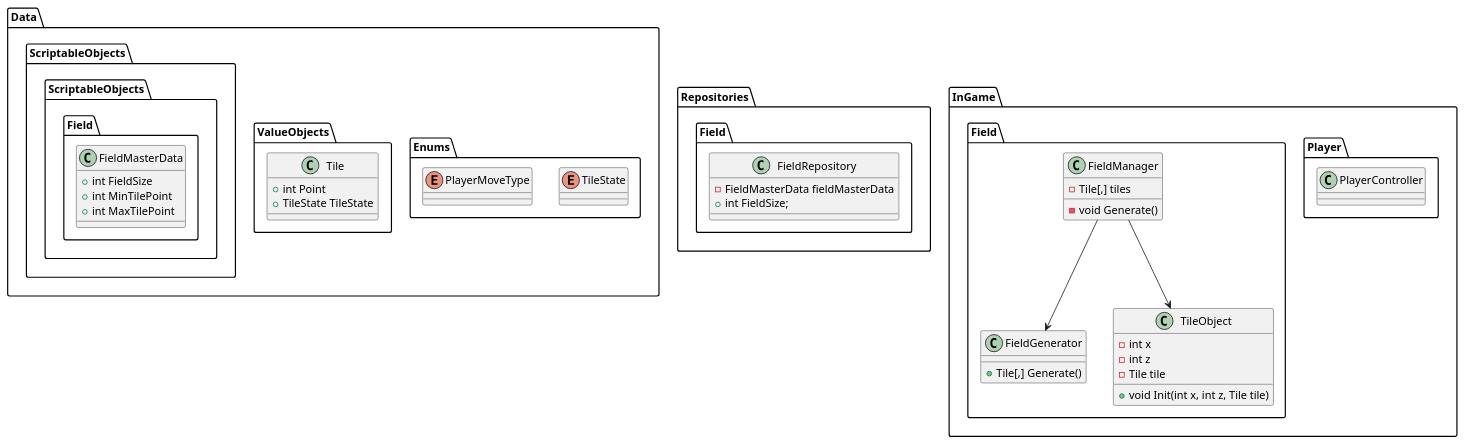
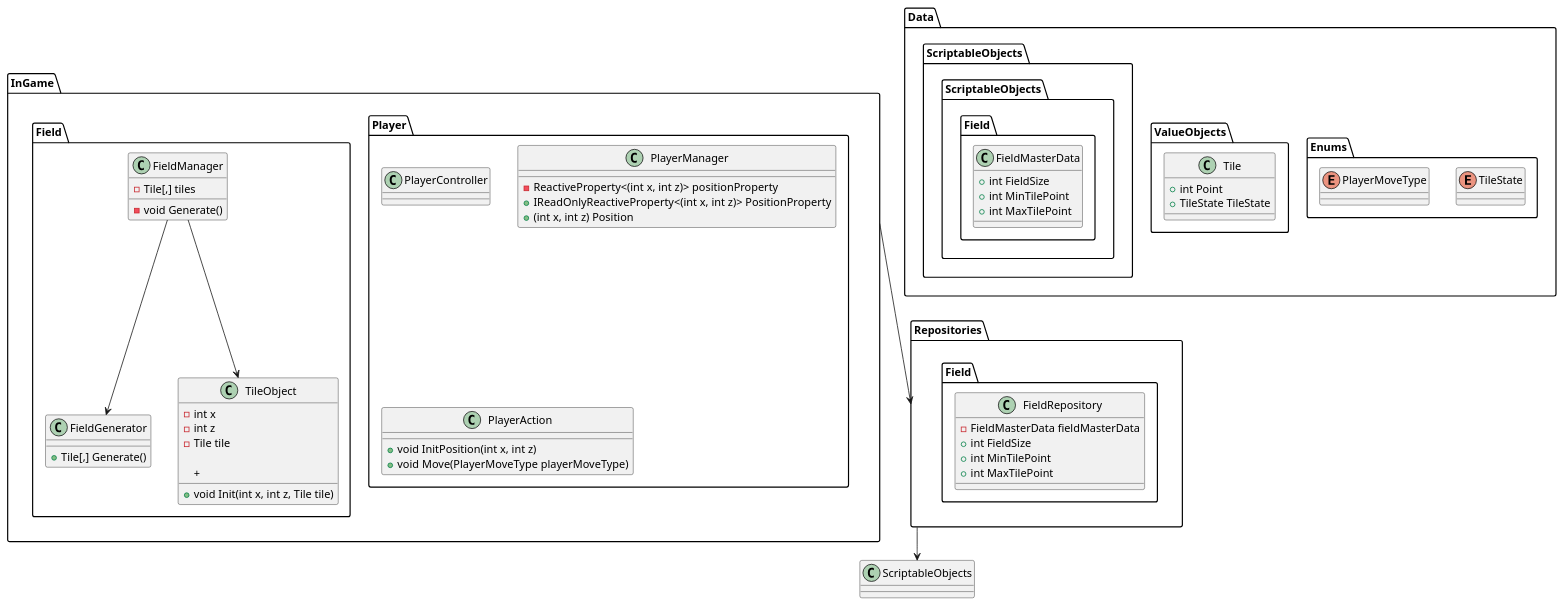
Before and after one commit to mokapants/u1w-20220502: the diagram in PlantUML/Class.pu, drawn with PlantUML.

Commit message:
PlantUML: クラス図更新

```diff
--- a/PlantUML/Class.pu
+++ b/PlantUML/Class.pu
@@ -1,83 +1,103 @@
 @startuml
 package Data
 {
     package Enums
     {
         enum TileState
         enum PlayerMoveType
     }
 
     package ValueObjects
     {
         class Tile
         {
             + int Point
             + TileState TileState
         }
     }
 
     package ScriptableObjects
     {
         package ScriptableObjects.Field
         {
             class FieldMasterData
             {
                 + int FieldSize
                 + int MinTilePoint
                 + int MaxTilePoint
             }
         }
     }
 }
 
 package Repositories
 {
     package Repositories.Field
     {
         class FieldRepository
         {
             - FieldMasterData fieldMasterData
-            + int FieldSize;
+            + int FieldSize
+            + int MinTilePoint
+            + int MaxTilePoint
         }
     }
 }
+
+Repositories --> ScriptableObjects
 
 package InGame
 {
     package Player
     {
         class PlayerController
         {
 
+        }
+
+        class PlayerManager
+        {
+            - ReactiveProperty<(int x, int z)> positionProperty
+            + IReadOnlyReactiveProperty<(int x, int z)> PositionProperty
+            + (int x, int z) Position
+        }
+
+        class PlayerAction
+        {
+            + void InitPosition(int x, int z)
+            + void Move(PlayerMoveType playerMoveType)
         }
     }
 
     package InGame.Field
     {
         class FieldGenerator
         {
             + Tile[,] Generate()
         }
 
         class FieldManager
         {
             - Tile[,] tiles
 
             - void Generate()
             ' + Tile GetTile(int x, int z)
         }
 
         class TileObject
         {
             - int x
             - int z
             - Tile tile
 
             + void Init(int x, int z, Tile tile)
+            + 
         }
     }
 }
 
+InGame --> Repositories
+
 FieldManager --> FieldGenerator
 FieldManager --> TileObject
 @enduml
```
